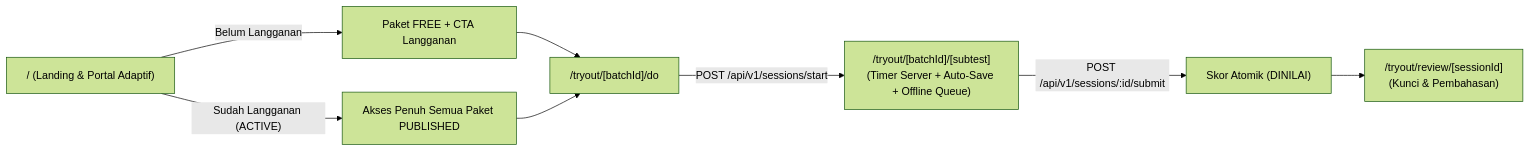
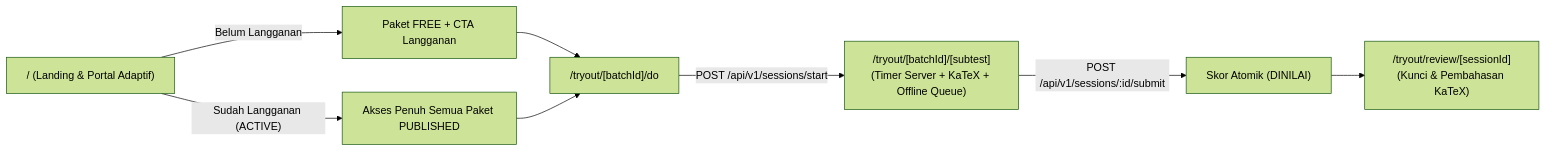
One commit to zayeenjavas/Company-Profile---Scholarify-Academy changed the first of 2 diagrams in README.md. Above: the diagram before and after it, drawn with Mermaid (forest theme). The commit also changed other lines of this file and 1 other file, not shown here.

Commit message:
docs: upgrade PRD.md and README.md for Full TS architecture, LaTeX CRM, and clean repo

````diff
--- a/README.md
+++ b/README.md
@@ -17,10 +20,10 @@
 ```mermaid
 flowchart LR
     Home["/ (Landing & Portal Adaptif)"] -->|"Belum Langganan"| Free["Paket FREE + CTA Langganan"]
     Home -->|"Sudah Langganan (ACTIVE)"| Prem["Akses Penuh Semua Paket PUBLISHED"]
     Free --> Do["/tryout/[batchId]/do"]
     Prem --> Do
-    Do -->|"POST /api/v1/sessions/start"| CBT["/tryout/[batchId]/[subtest]\n(Timer Server + Auto-Save + Offline Queue)"]
+    Do -->|"POST /api/v1/sessions/start"| CBT["/tryout/[batchId]/[subtest]\n(Timer Server + KaTeX + Offline Queue)"]
     CBT -->|"POST /api/v1/sessions/:id/submit"| Graded["Skor Atomik (DINILAI)"]
-    Graded --> Review["/tryout/review/[sessionId]\n(Kunci & Pembahasan)"]
+    Graded --> Review["/tryout/review/[sessionId]\n(Kunci & Pembahasan KaTeX)"]
 ```
````
